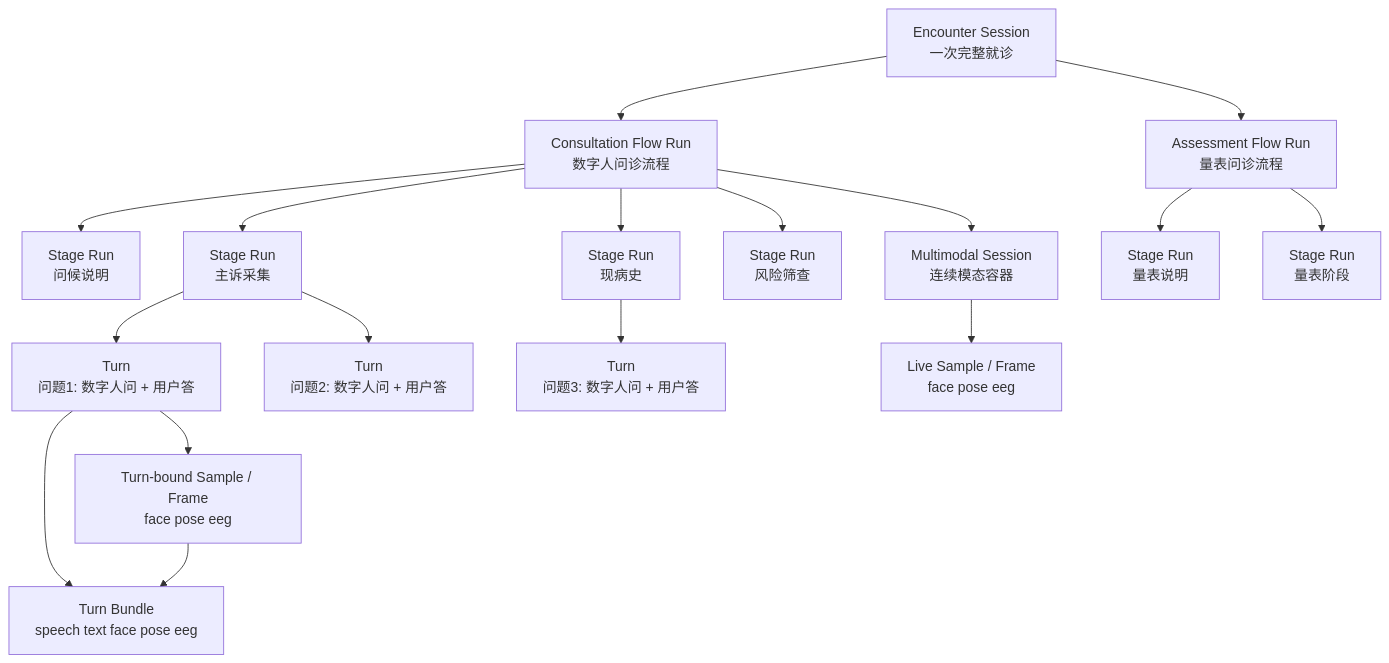
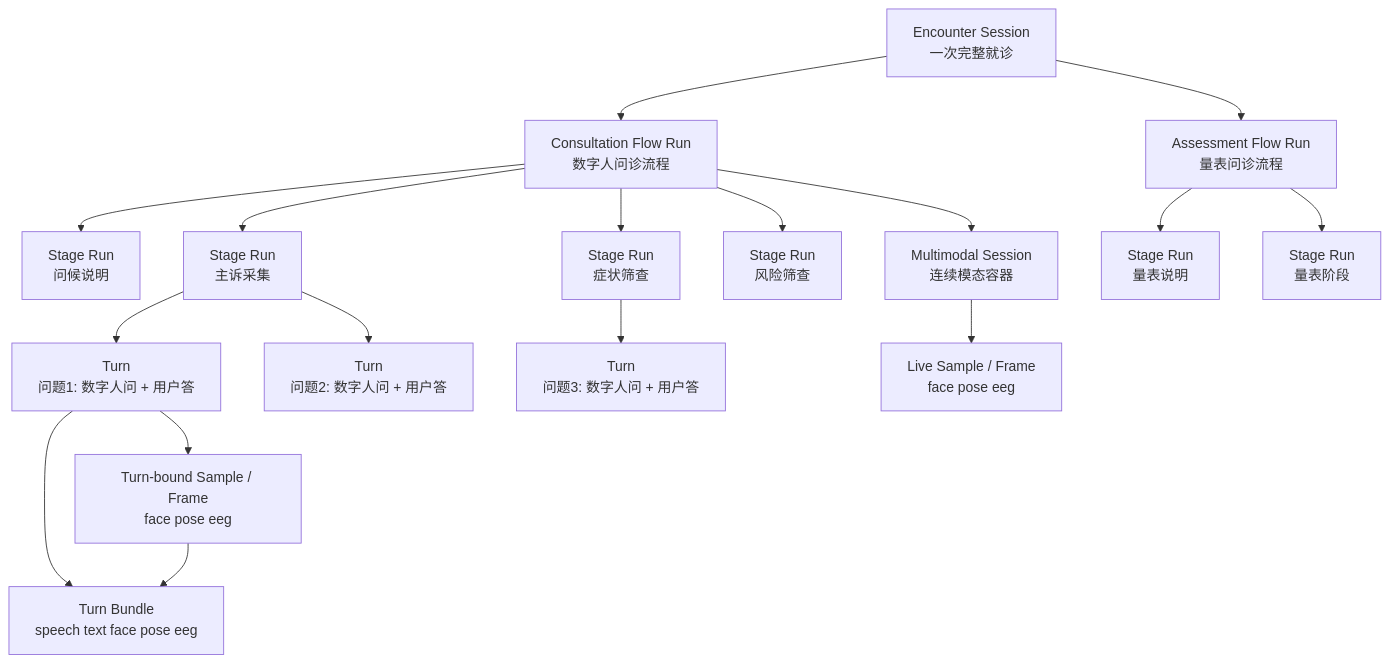
One commit to YAOLQ2024/Depression_system changed the diagram in docs/architecture/multimodal-five-layer-hierarchy-qa.md. Above: the diagram before and after it, drawn with Mermaid. The commit also changed other lines of this file and 61 other files, not shown here.

````diff
--- a/docs/architecture/multimodal-five-layer-hierarchy-qa.md
+++ b/docs/architecture/multimodal-five-layer-hierarchy-qa.md
@@ -52,23 +52,23 @@
 ```mermaid
 graph TD
     A[Encounter Session<br/>一次完整就诊] --> B1[Consultation Flow Run<br/>数字人问诊流程]
     A --> B2[Assessment Flow Run<br/>量表问诊流程]
 
     B1 --> C1[Stage Run<br/>问候说明]
     B1 --> C2[Stage Run<br/>主诉采集]
-    B1 --> C3[Stage Run<br/>现病史]
+    B1 --> C3[Stage Run<br/>症状筛查]
     B1 --> C4[Stage Run<br/>风险筛查]
 
     C2 --> D1[Turn<br/>问题1: 数字人问 + 用户答]
     C2 --> D2[Turn<br/>问题2: 数字人问 + 用户答]
     C3 --> D3[Turn<br/>问题3: 数字人问 + 用户答]
 
     B1 --> E1[Multimodal Session<br/>连续模态容器]
     E1 --> F1[Live Sample / Frame<br/>face pose eeg]
     D1 --> F2[Turn-bound Sample / Frame<br/>face pose eeg]
     D1 --> G1[Turn Bundle<br/>speech text face pose eeg]
     F2 --> G1
 
     B2 --> C5[Stage Run<br/>量表说明]
     B2 --> C6[Stage Run<br/>量表阶段]
 ```
````
